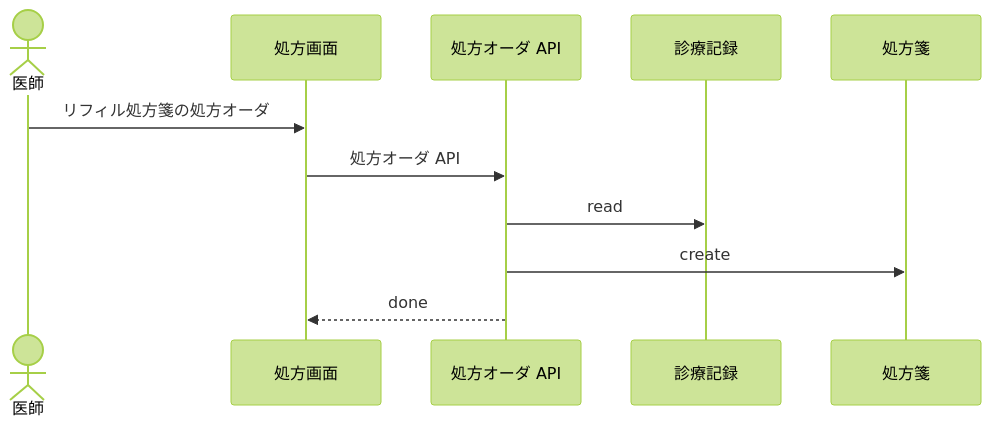
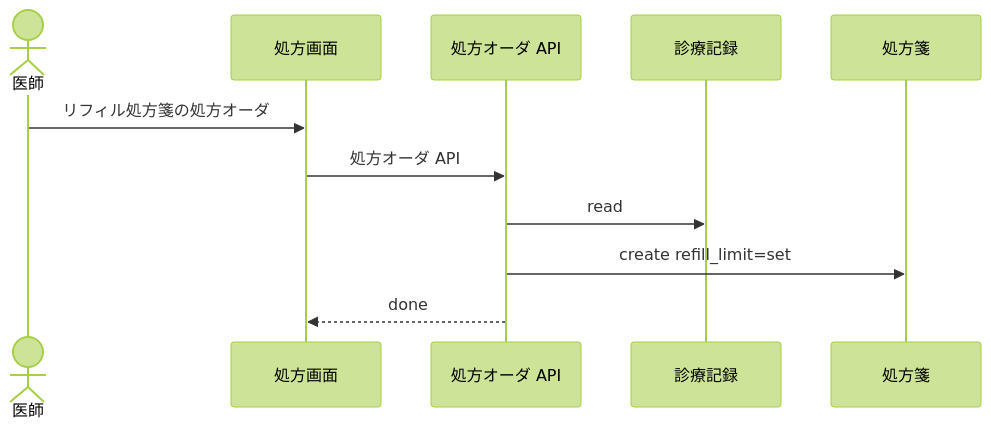
One commit to manji-0/rdra-ish-dsl changed the diagram in samples/clinic-ops/out/uc/sequence_IssueRefillPrescription.mmd. Above: the diagram before and after it, drawn with Mermaid (forest theme). The commit also changed 8 other files, not shown here.

```diff
--- a/samples/clinic-ops/out/uc/sequence_IssueRefillPrescription.mmd
+++ b/samples/clinic-ops/out/uc/sequence_IssueRefillPrescription.mmd
@@ -1,14 +1,14 @@
 %% rdra-ish diagram=sequence scope=usecase:IssueRefillPrescription model=samples/clinic-ops
 %% kinds: actor screen api entity
 %% omitted: buc step medium permission
 sequenceDiagram
   actor actor__Clinician as 医師
   participant screen__PrescriptionScreen as 処方画面
   participant api__DraftPrescriptionApi as 処方オーダ API
   participant entity__Encounter as 診療記録
   participant entity__Prescription as 処方箋
   actor__Clinician ->> screen__PrescriptionScreen: リフィル処方箋の処方オーダ
   screen__PrescriptionScreen ->> api__DraftPrescriptionApi: 処方オーダ API
   api__DraftPrescriptionApi ->> entity__Encounter: read
-  api__DraftPrescriptionApi ->> entity__Prescription: create
+  api__DraftPrescriptionApi ->> entity__Prescription: create refill_limit=set
   api__DraftPrescriptionApi -->> screen__PrescriptionScreen: done
```
